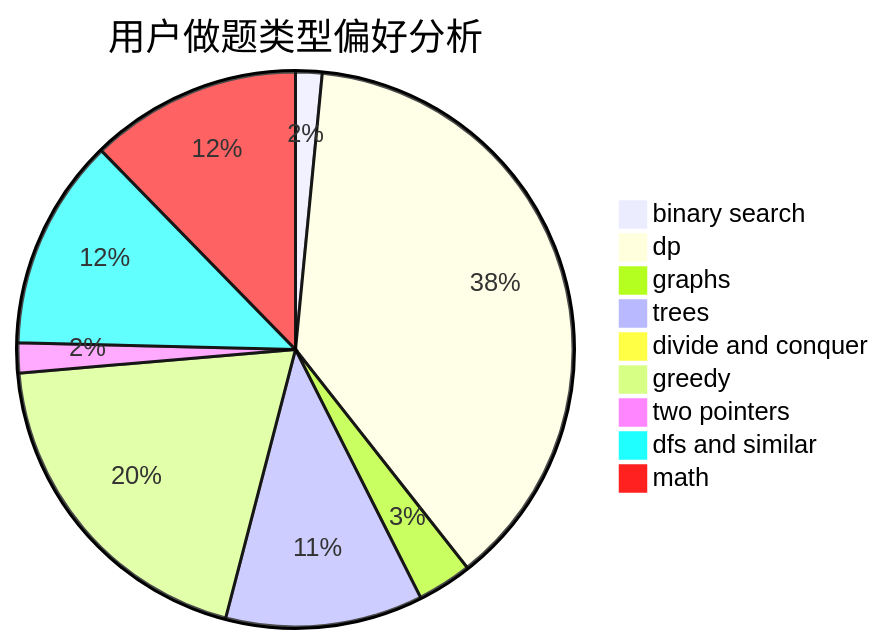
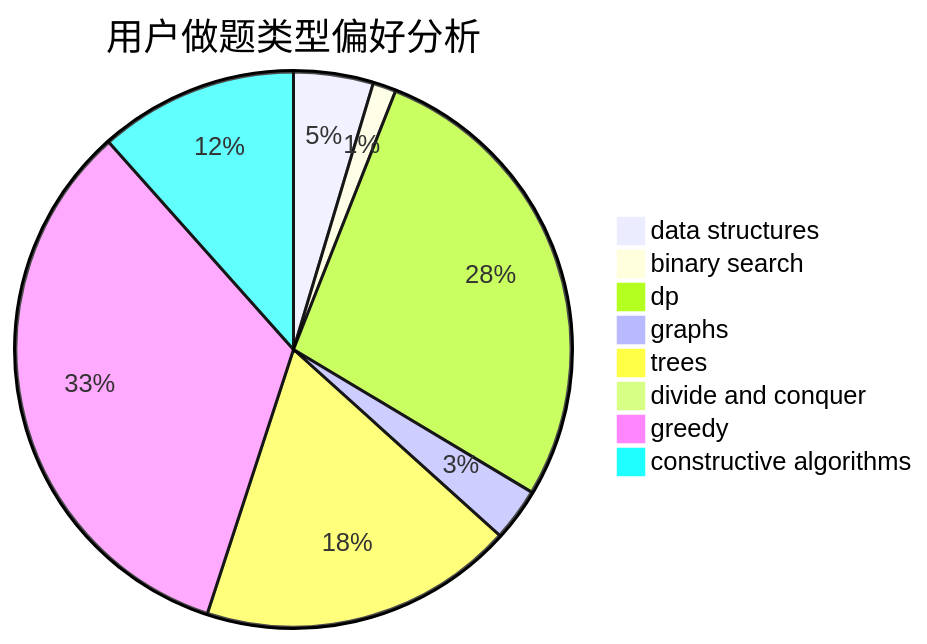
The second of 3 diagrams in docs/user/u1081.md (sherpahu/cfrs.github.io), drawn with Mermaid before and after one commit. The commit also changed other lines of this file and 2775 other files, not shown here.

````diff
--- a/docs/user/u1081.md
+++ b/docs/user/u1081.md
@@ -23,12 +23,11 @@
 ```mermaid
 pie title 用户做题类型偏好分析
-    "binary search" :  15
-    "dp" :  369
-    "graphs" :  31
-    "trees" :  112
+    "data structures" :  24
+    "binary search" :  7
+    "dp" :  143
+    "graphs" :  16
+    "trees" :  95
     "divide and conquer" :  1
-    "greedy" :  191
-    "two pointers" :  17
-    "dfs and similar" :  120
-    "math" :  120
+    "greedy" :  173
+    "constructive algorithms" :  60
 ```
````
